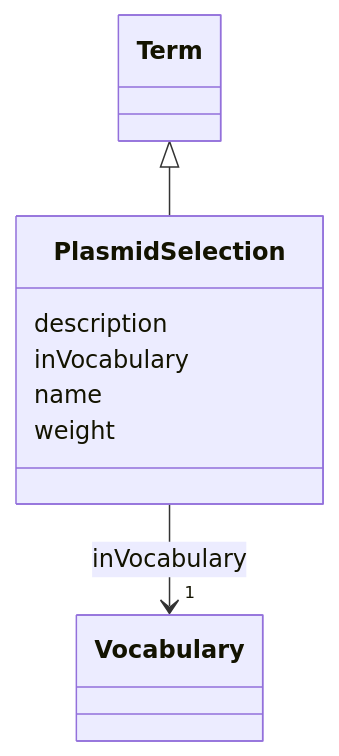
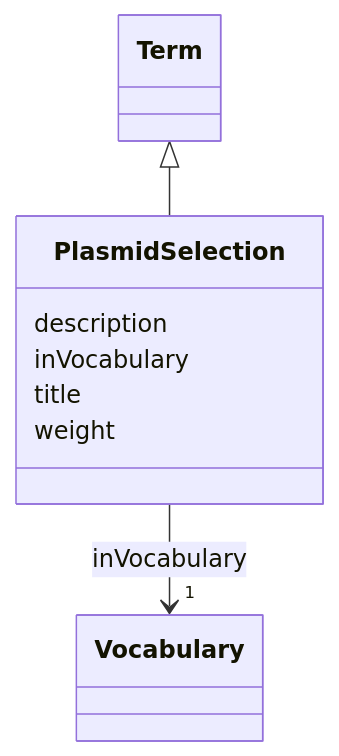
One commit to EVORA-project/evora-ontology changed the diagram in models/docs/PlasmidSelection.md. Above: the diagram before and after it, drawn with Mermaid. The commit also changed other lines of this file and 435 other files, not shown here.

````diff
--- a/models/docs/PlasmidSelection.md
+++ b/models/docs/PlasmidSelection.md
@@ -19,24 +19,24 @@
 ```mermaid
  classDiagram
     class PlasmidSelection
     click PlasmidSelection href "../PlasmidSelection"
       Term <|-- PlasmidSelection
         click Term href "../Term"
       
       PlasmidSelection : description
         
       PlasmidSelection : inVocabulary
         
           
     
     
     PlasmidSelection --> "1" Vocabulary : inVocabulary
     click Vocabulary href "../Vocabulary"
 
         
-      PlasmidSelection : name
+      PlasmidSelection : title
         
       PlasmidSelection : weight
         
       
 ```
````
